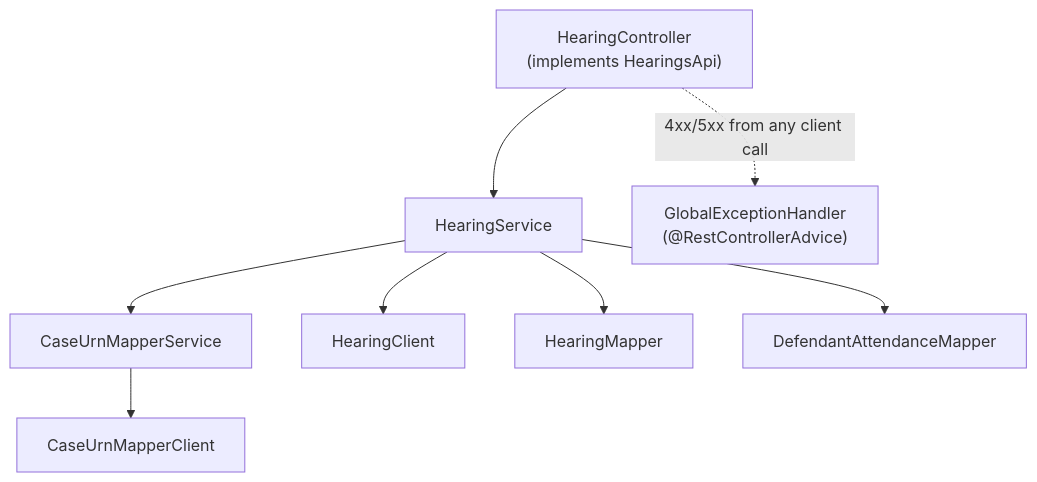
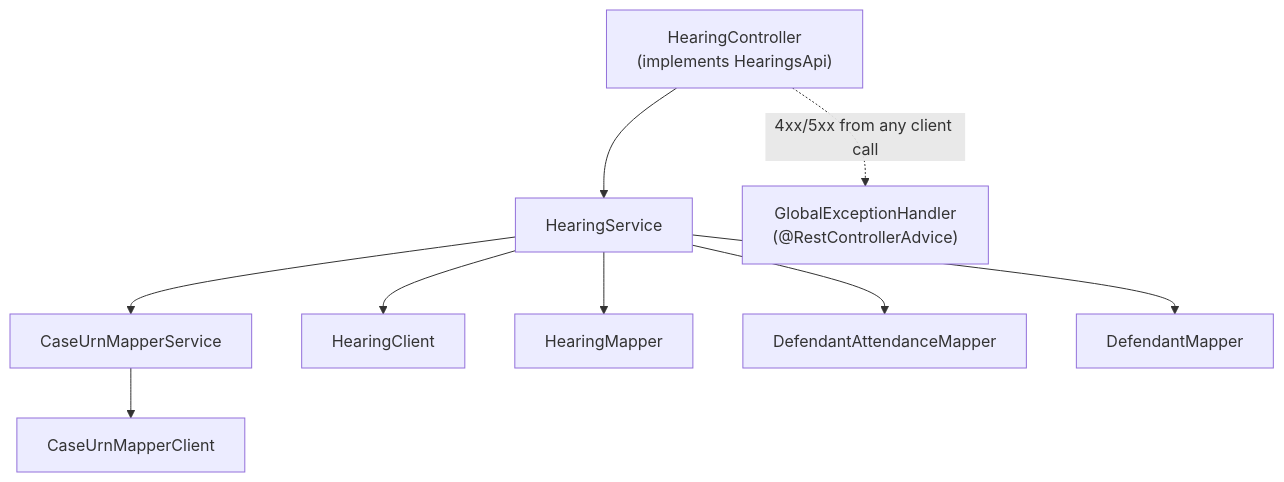
The second of 5 diagrams in docs/architecture.md (hmcts/service-cp-crime-hearing), drawn with Mermaid before and after one commit. The commit also changed other lines of this file, not shown here.

First line of the commit message:
docs: update architecture diagram for getDefendants (3rd API)

````diff
--- a/docs/architecture.md
+++ b/docs/architecture.md
@@ -42,18 +42,20 @@
 ```mermaid
 flowchart TD
     Controller["HearingController\n(implements HearingsApi)"]
     ServiceL["HearingService"]
     UrnService["CaseUrnMapperService"]
     UrnClient["CaseUrnMapperClient"]
     HearingClient["HearingClient"]
     HearingMapper["HearingMapper"]
     AttendanceMapper["DefendantAttendanceMapper"]
+    DefendantMapper["DefendantMapper"]
     GlobalEx["GlobalExceptionHandler\n(@RestControllerAdvice)"]
 
     Controller --> ServiceL
     ServiceL --> UrnService --> UrnClient
     ServiceL --> HearingClient
     ServiceL --> HearingMapper
     ServiceL --> AttendanceMapper
+    ServiceL --> DefendantMapper
     Controller -.->|"4xx/5xx from any client call"| GlobalEx
 ```
````
